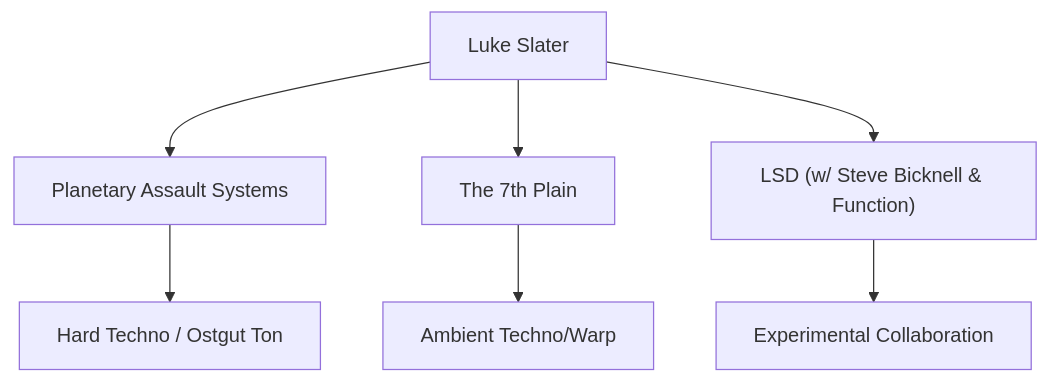
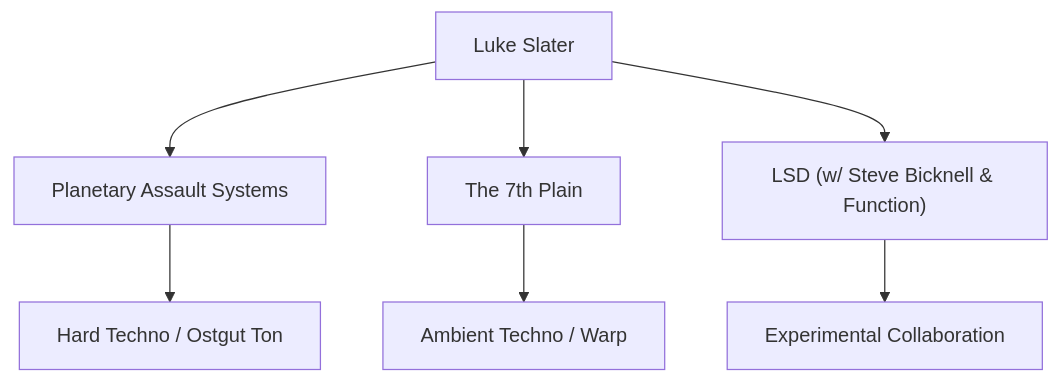
Before and after one commit to monumental-movement/monumental-movement.github.io: the diagram in en/_posts/2025-10-04-Column-Luke-Slater.md, drawn with Mermaid. The commit also changed other lines of this file and 1724 other files, not shown here.

```diff
--- a/en/_posts/2025-10-04-Column-Luke-Slater.md
+++ b/en/_posts/2025-10-04-Column-Luke-Slater.md
@@ -49,12 +52,12 @@
 <div class="mermaid">
 
 flowchart TD
-A["Luke Slater"] --> B["Planetary Assault Systems"]
-A --> C["The 7th Plain"]
-A --> D["LSD (w/ Steve Bicknell & Function)"]
-B --> E["Hard Techno / Ostgut Ton"]
-C --> F["Ambient Techno/Warp"]
-D --> G["Experimental Collaboration"]
+    A["Luke Slater"] --> B["Planetary Assault Systems"]
+    A --> C["The 7th Plain"]
+    A --> D["LSD (w/ Steve Bicknell & Function)"]
+    B --> E["Hard Techno / Ostgut Ton"]
+    C --> F["Ambient Techno / Warp"]
+    D --> G["Experimental Collaboration"]
 
 
 </div>
```
